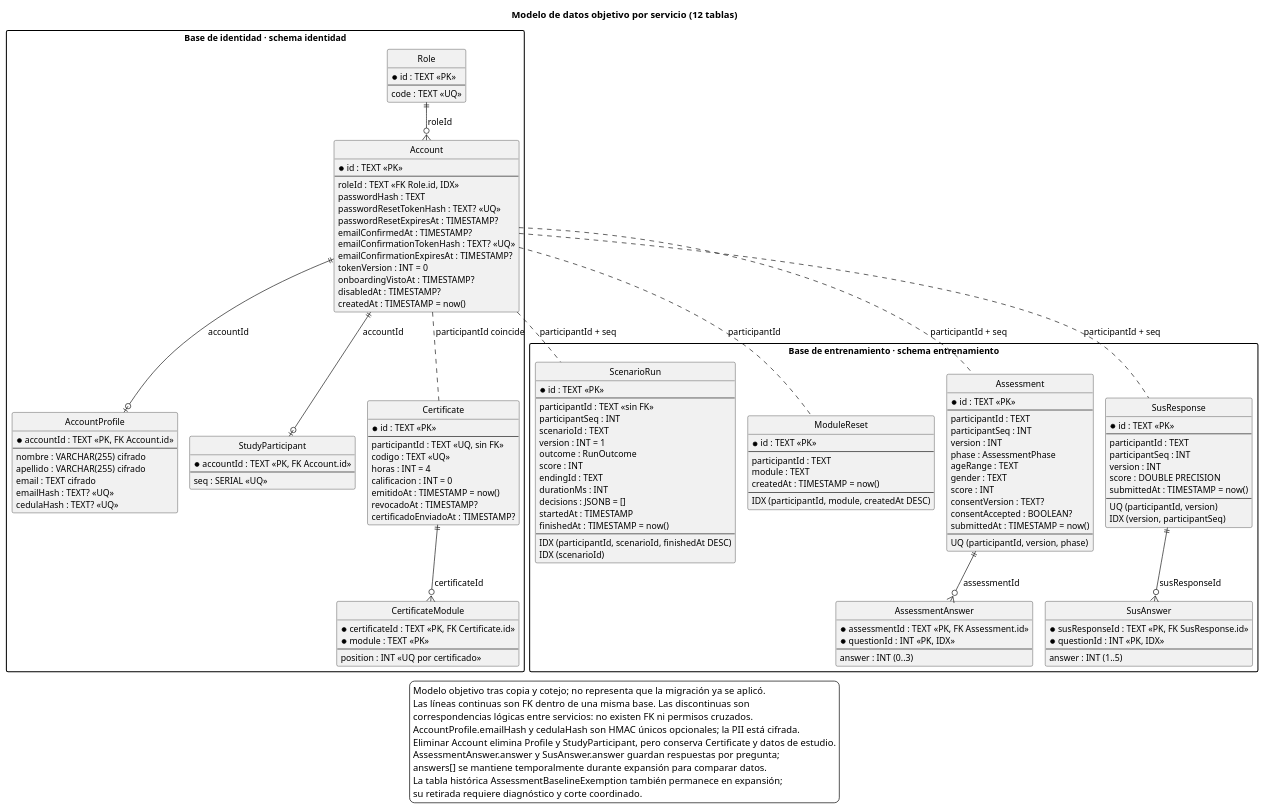
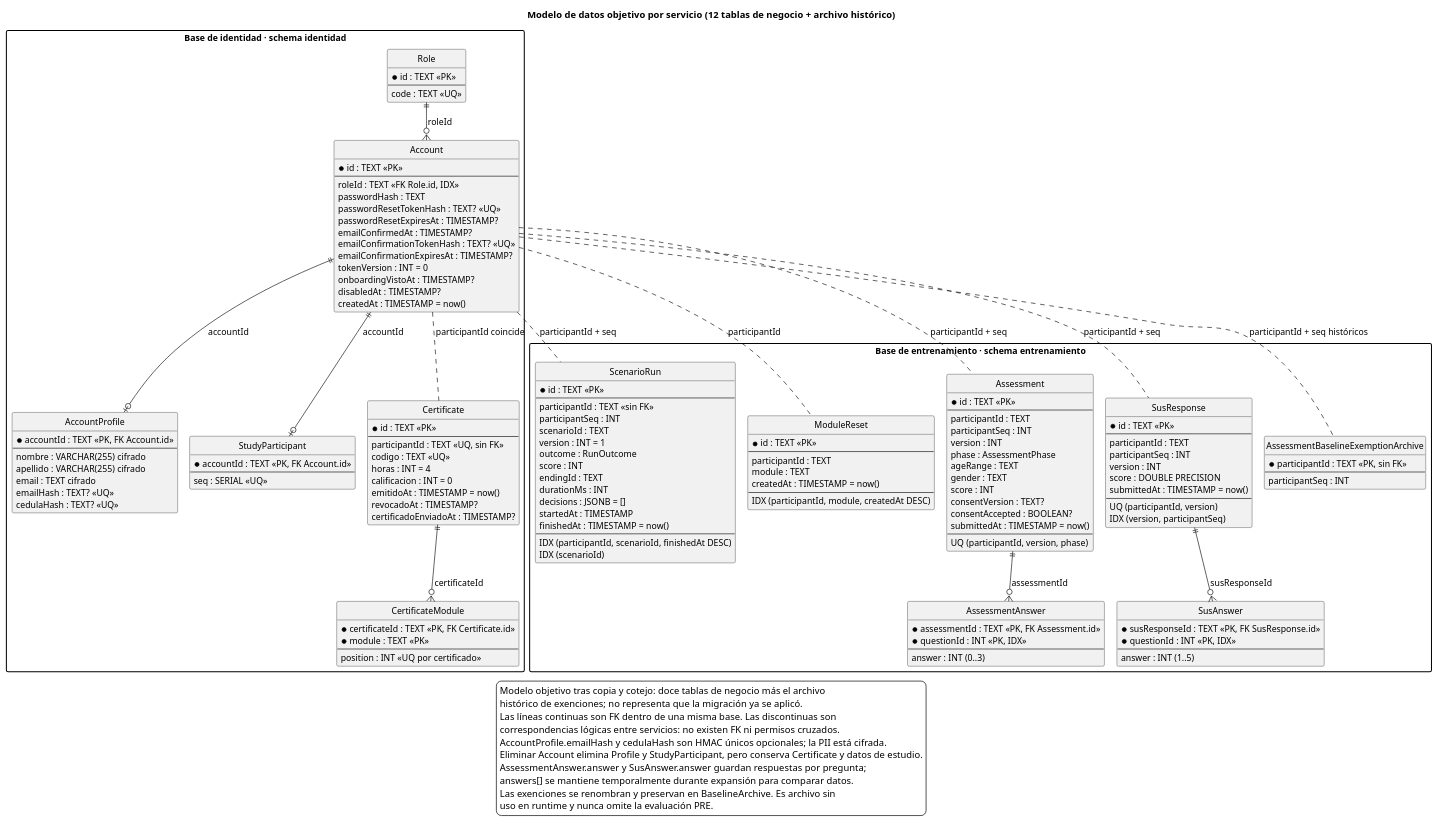
The diagram in docs/ThesisDiagrams/06-data-model.puml (luis-sagx/SAFE-Web), drawn with PlantUML before and after one commit. The commit also changed 8 other files, not shown here.

```diff
--- a/docs/ThesisDiagrams/06-data-model.puml
+++ b/docs/ThesisDiagrams/06-data-model.puml
@@ -1,170 +1,178 @@
 @startuml
 !pragma layout smetana
 skinparam backgroundColor white
 skinparam shadowing false
 skinparam defaultFontName SansSerif
 skinparam defaultFontSize 13
 skinparam packageStyle rectangle
 hide circle
-title Modelo de datos objetivo por servicio (12 tablas)
+title Modelo de datos objetivo por servicio (12 tablas de negocio + archivo histórico)
 
 package "Base de identidad · schema identidad" as IdentityData {
   entity "Role" as Role {
     * id : TEXT <<PK>>
     --
     code : TEXT <<UQ>>
   }
 
   entity "Account" as Account {
     * id : TEXT <<PK>>
     --
     roleId : TEXT <<FK Role.id, IDX>>
     passwordHash : TEXT
     passwordResetTokenHash : TEXT? <<UQ>>
     passwordResetExpiresAt : TIMESTAMP?
     emailConfirmedAt : TIMESTAMP?
     emailConfirmationTokenHash : TEXT? <<UQ>>
     emailConfirmationExpiresAt : TIMESTAMP?
     tokenVersion : INT = 0
     onboardingVistoAt : TIMESTAMP?
     disabledAt : TIMESTAMP?
     createdAt : TIMESTAMP = now()
   }
 
   entity "AccountProfile" as Profile {
     * accountId : TEXT <<PK, FK Account.id>>
     --
     nombre : VARCHAR(255) cifrado
     apellido : VARCHAR(255) cifrado
     email : TEXT cifrado
     emailHash : TEXT? <<UQ>>
     cedulaHash : TEXT? <<UQ>>
   }
 
   entity "StudyParticipant" as StudyParticipant {
     * accountId : TEXT <<PK, FK Account.id>>
     --
     seq : SERIAL <<UQ>>
   }
 
   entity "Certificate" as Certificate {
     * id : TEXT <<PK>>
     --
     participantId : TEXT <<UQ, sin FK>>
     codigo : TEXT <<UQ>>
     horas : INT = 4
     calificacion : INT = 0
     emitidoAt : TIMESTAMP = now()
     revocadoAt : TIMESTAMP?
     certificadoEnviadoAt : TIMESTAMP?
   }
 
   entity "CertificateModule" as CertificateModule {
     * certificateId : TEXT <<PK, FK Certificate.id>>
     * module : TEXT <<PK>>
     --
     position : INT <<UQ por certificado>>
   }
 
   Role ||--o{ Account : roleId
   Account ||--o| Profile : accountId
   Account ||--o| StudyParticipant : accountId
   Certificate ||--o{ CertificateModule : certificateId
 }
 
 package "Base de entrenamiento · schema entrenamiento" as TrainingData {
   entity "ScenarioRun" as Run {
     * id : TEXT <<PK>>
     --
     participantId : TEXT <<sin FK>>
     participantSeq : INT
     scenarioId : TEXT
     version : INT = 1
     outcome : RunOutcome
     score : INT
     endingId : TEXT
     durationMs : INT
     decisions : JSONB = []
     startedAt : TIMESTAMP
     finishedAt : TIMESTAMP = now()
     --
     IDX (participantId, scenarioId, finishedAt DESC)
     IDX (scenarioId)
   }
 
   entity "ModuleReset" as Reset {
     * id : TEXT <<PK>>
     --
     participantId : TEXT
     module : TEXT
     createdAt : TIMESTAMP = now()
     --
     IDX (participantId, module, createdAt DESC)
   }
 
   entity "Assessment" as Assessment {
     * id : TEXT <<PK>>
     --
     participantId : TEXT
     participantSeq : INT
     version : INT
     phase : AssessmentPhase
     ageRange : TEXT
     gender : TEXT
     score : INT
     consentVersion : TEXT?
     consentAccepted : BOOLEAN?
     submittedAt : TIMESTAMP = now()
     --
     UQ (participantId, version, phase)
   }
 
   entity "AssessmentAnswer" as AssessmentAnswer {
     * assessmentId : TEXT <<PK, FK Assessment.id>>
     * questionId : INT <<PK, IDX>>
     --
     answer : INT (0..3)
   }
 
   entity "SusResponse" as Sus {
     * id : TEXT <<PK>>
     --
     participantId : TEXT
     participantSeq : INT
     version : INT
     score : DOUBLE PRECISION
     submittedAt : TIMESTAMP = now()
     --
     UQ (participantId, version)
     IDX (version, participantSeq)
   }
 
   entity "SusAnswer" as SusAnswer {
     * susResponseId : TEXT <<PK, FK SusResponse.id>>
     * questionId : INT <<PK, IDX>>
     --
     answer : INT (1..5)
   }
 
+  entity "AssessmentBaselineExemptionArchive" as BaselineArchive {
+    * participantId : TEXT <<PK, sin FK>>
+    --
+    participantSeq : INT
+  }
+
   Assessment ||--o{ AssessmentAnswer : assessmentId
   Sus ||--o{ SusAnswer : susResponseId
 }
 
 Account .. Certificate : participantId coincide
 Account .. Run : participantId + seq
 Account .. Reset : participantId
 Account .. Assessment : participantId + seq
 Account .. Sus : participantId + seq
+Account .. BaselineArchive : participantId + seq históricos
 
 legend bottom
-  Modelo objetivo tras copia y cotejo; no representa que la migración ya se aplicó.
+  Modelo objetivo tras copia y cotejo: doce tablas de negocio más el archivo
+  histórico de exenciones; no representa que la migración ya se aplicó.
   Las líneas continuas son FK dentro de una misma base. Las discontinuas son
   correspondencias lógicas entre servicios: no existen FK ni permisos cruzados.
   AccountProfile.emailHash y cedulaHash son HMAC únicos opcionales; la PII está cifrada.
   Eliminar Account elimina Profile y StudyParticipant, pero conserva Certificate y datos de estudio.
   AssessmentAnswer.answer y SusAnswer.answer guardan respuestas por pregunta;
   answers[] se mantiene temporalmente durante expansión para comparar datos.
-  La tabla histórica AssessmentBaselineExemption también permanece en expansión;
-  su retirada requiere diagnóstico y corte coordinado.
+  Las exenciones se renombran y preservan en BaselineArchive. Es archivo sin
+  uso en runtime y nunca omite la evaluación PRE.
 endlegend
 @enduml
```
